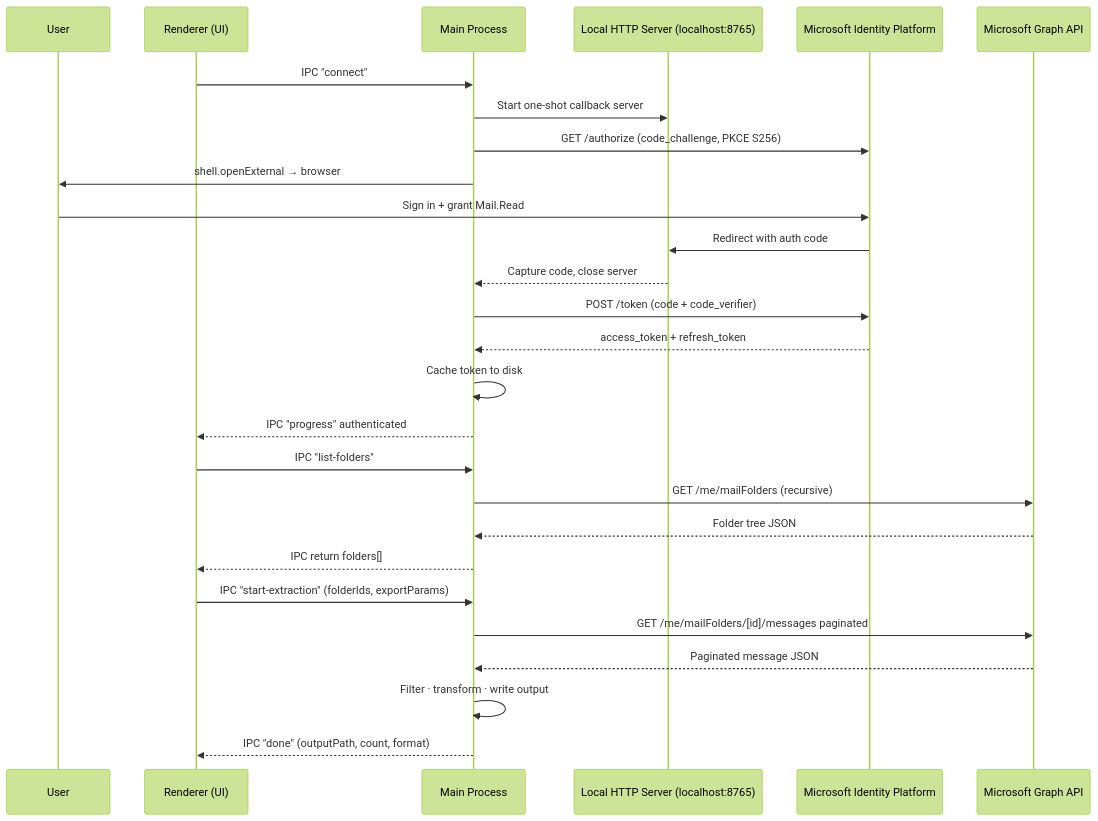
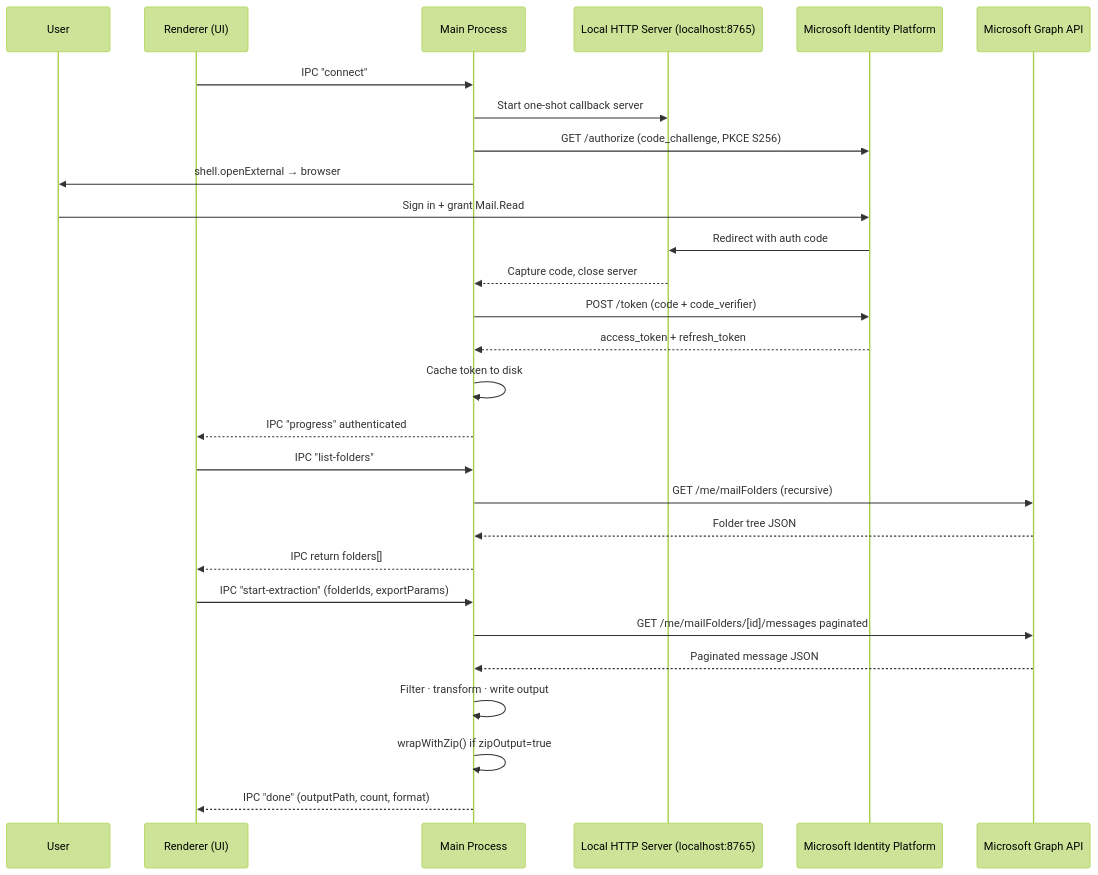
One commit to aairom/outlook-bob changed the second of 3 diagrams in Docs/Architecture.md. Above: the diagram before and after it, drawn with Mermaid (forest theme). The commit also changed other lines of this file and 8 other files, not shown here.

````diff
--- a/Docs/Architecture.md
+++ b/Docs/Architecture.md
@@ -50,30 +56,31 @@
 ```mermaid
 sequenceDiagram
     participant User
     participant UI as Renderer (UI)
     participant Main as Main Process
     participant CB as Local HTTP Server (localhost:8765)
     participant IDP as Microsoft Identity Platform
     participant Graph as Microsoft Graph API
 
     UI->>Main: IPC "connect"
     Main->>CB: Start one-shot callback server
     Main->>IDP: GET /authorize (code_challenge, PKCE S256)
     Main->>User: shell.openExternal → browser
     User->>IDP: Sign in + grant Mail.Read
     IDP->>CB: Redirect with auth code
     CB-->>Main: Capture code, close server
     Main->>IDP: POST /token (code + code_verifier)
     IDP-->>Main: access_token + refresh_token
     Main->>Main: Cache token to disk
     Main-->>UI: IPC "progress" authenticated
     UI->>Main: IPC "list-folders"
     Main->>Graph: GET /me/mailFolders (recursive)
     Graph-->>Main: Folder tree JSON
     Main-->>UI: IPC return folders[]
     UI->>Main: IPC "start-extraction" (folderIds, exportParams)
     Main->>Graph: GET /me/mailFolders/[id]/messages paginated
     Graph-->>Main: Paginated message JSON
     Main->>Main: Filter · transform · write output
+    Main->>Main: wrapWithZip() if zipOutput=true
     Main-->>UI: IPC "done" (outputPath, count, format)
 ```
````
